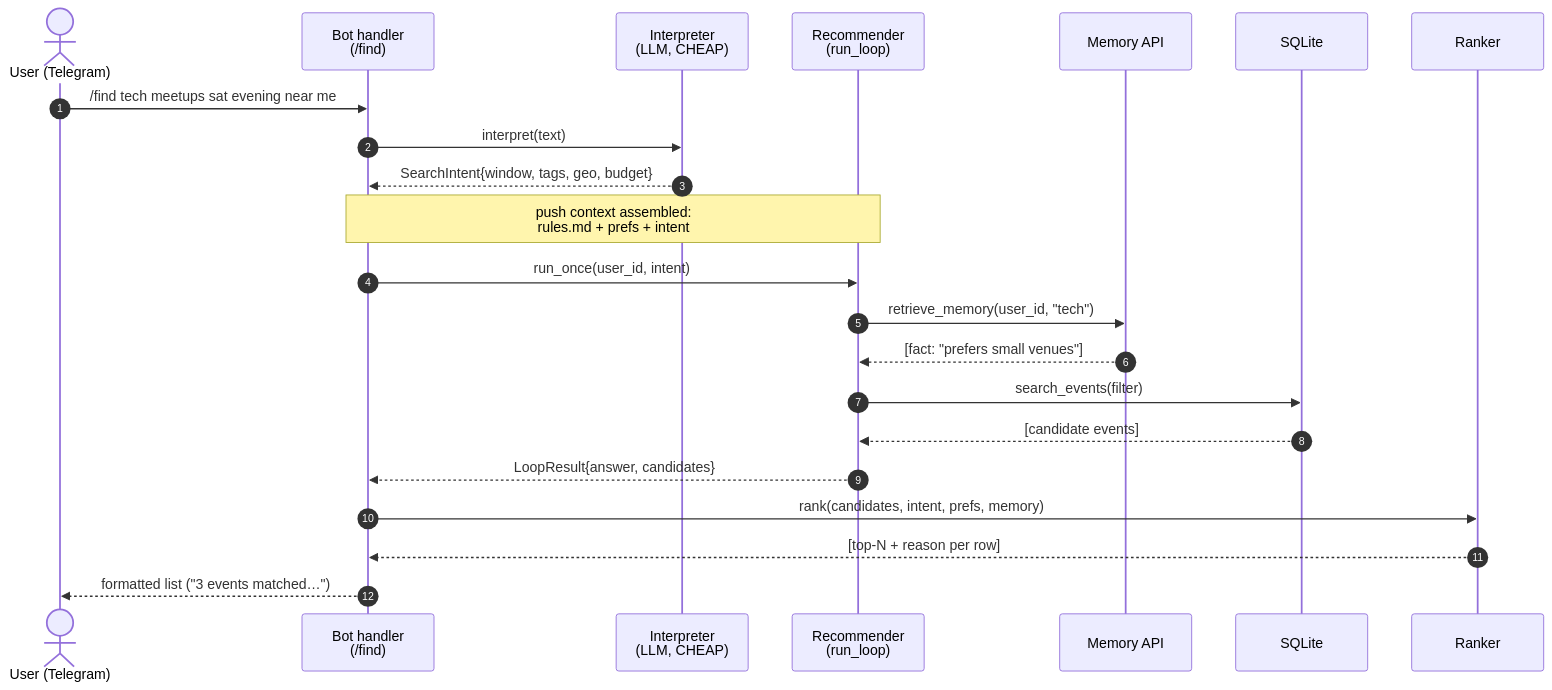
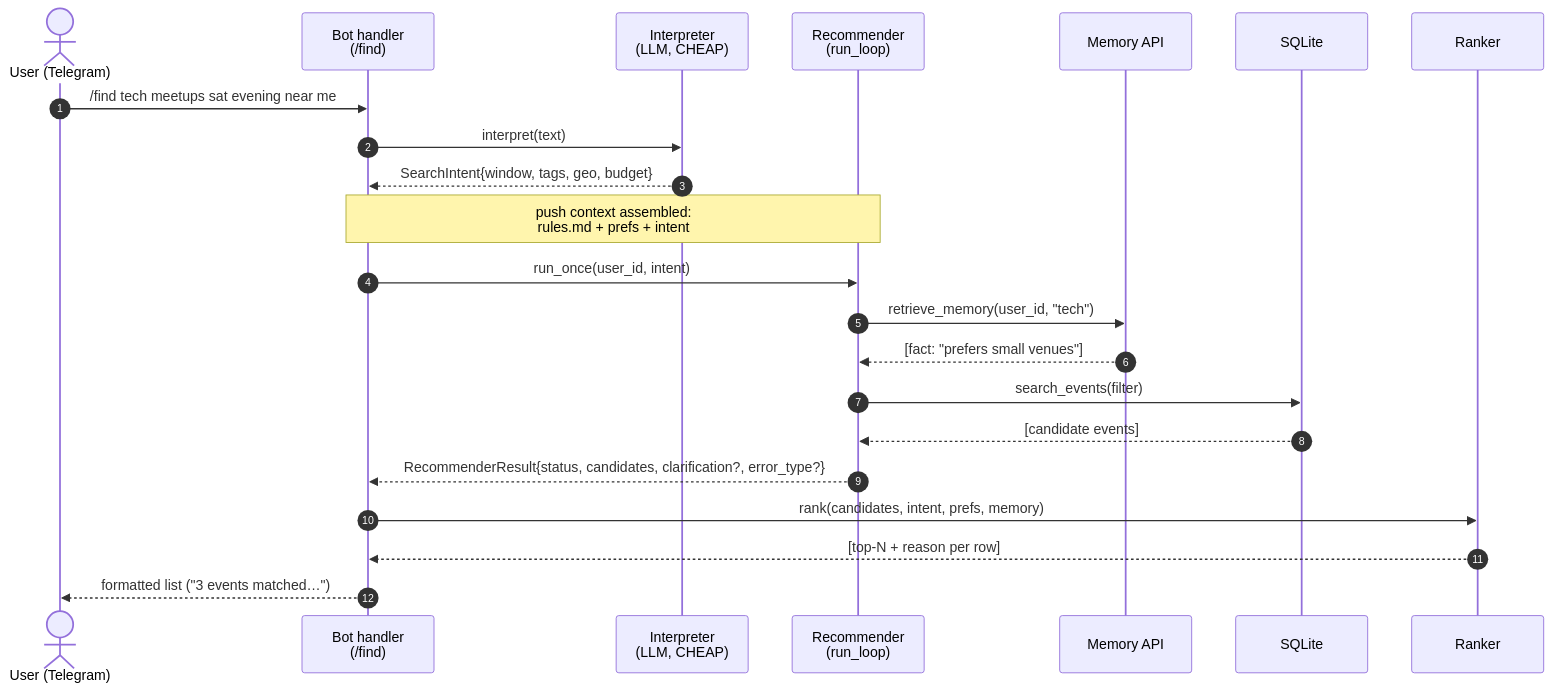
Before and after one commit to CiroGamboa/planazo: the third of 8 diagrams in docs/MVP-ARCHITECTURE.md, drawn with Mermaid. The commit also changed other lines of this file and 15 other files, not shown here.

````diff
--- a/docs/MVP-ARCHITECTURE.md
+++ b/docs/MVP-ARCHITECTURE.md
@@ -92,29 +92,29 @@
 ```mermaid
 sequenceDiagram
     autonumber
     actor U as User (Telegram)
     participant B as Bot handler<br/>(/find)
     participant I as Interpreter<br/>(LLM, CHEAP)
     participant R as Recommender<br/>(run_loop)
     participant M as Memory API
     participant S as SQLite
     participant K as Ranker
 
     U->>B: /find tech meetups sat evening near me
     B->>I: interpret(text)
     I-->>B: SearchIntent{window, tags, geo, budget}
 
     Note over B,R: push context assembled:<br/>rules.md + prefs + intent
 
     B->>R: run_once(user_id, intent)
     R->>M: retrieve_memory(user_id, "tech")
     M-->>R: [fact: "prefers small venues"]
     R->>S: search_events(filter)
     S-->>R: [candidate events]
-    R-->>B: LoopResult{answer, candidates}
+    R-->>B: RecommenderResult{status, candidates, clarification?, error_type?}
 
     B->>K: rank(candidates, intent, prefs, memory)
     K-->>B: [top-N + reason per row]
 
     B-->>U: formatted list ("3 events matched…")
 ```
````
